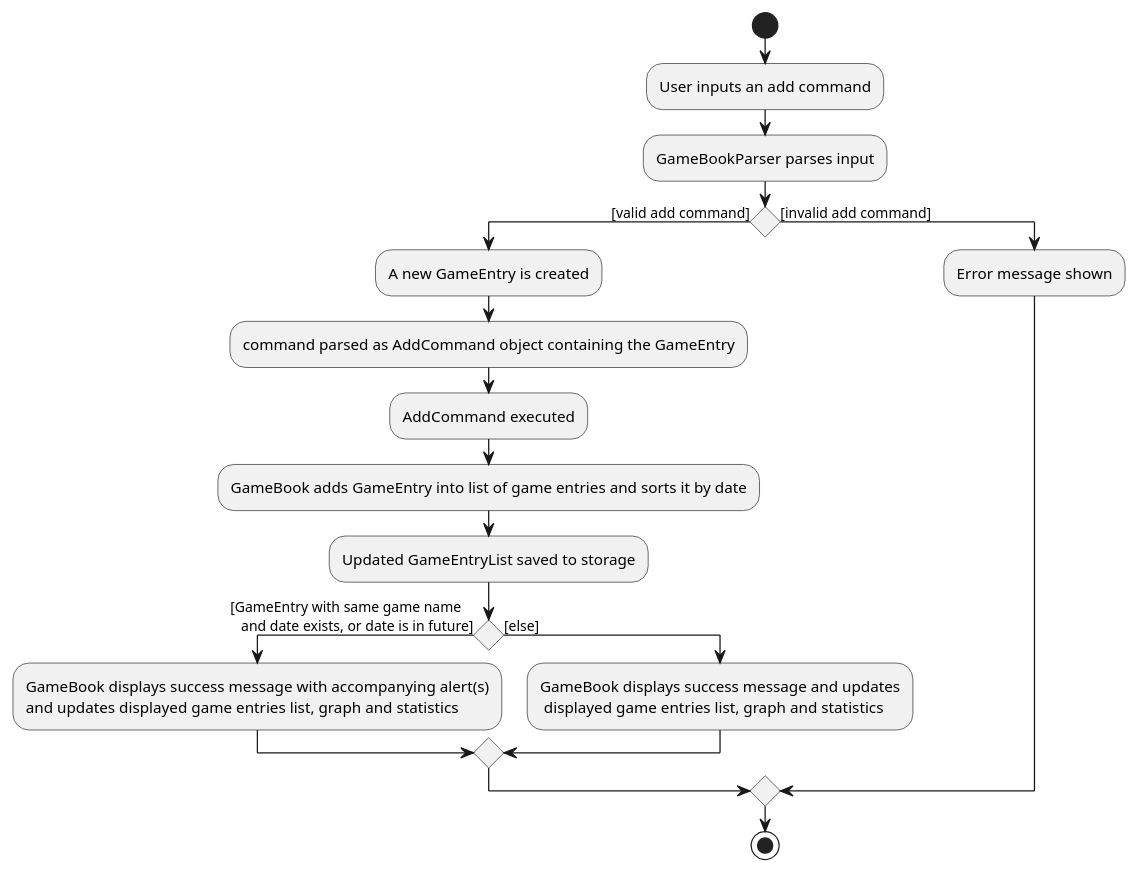
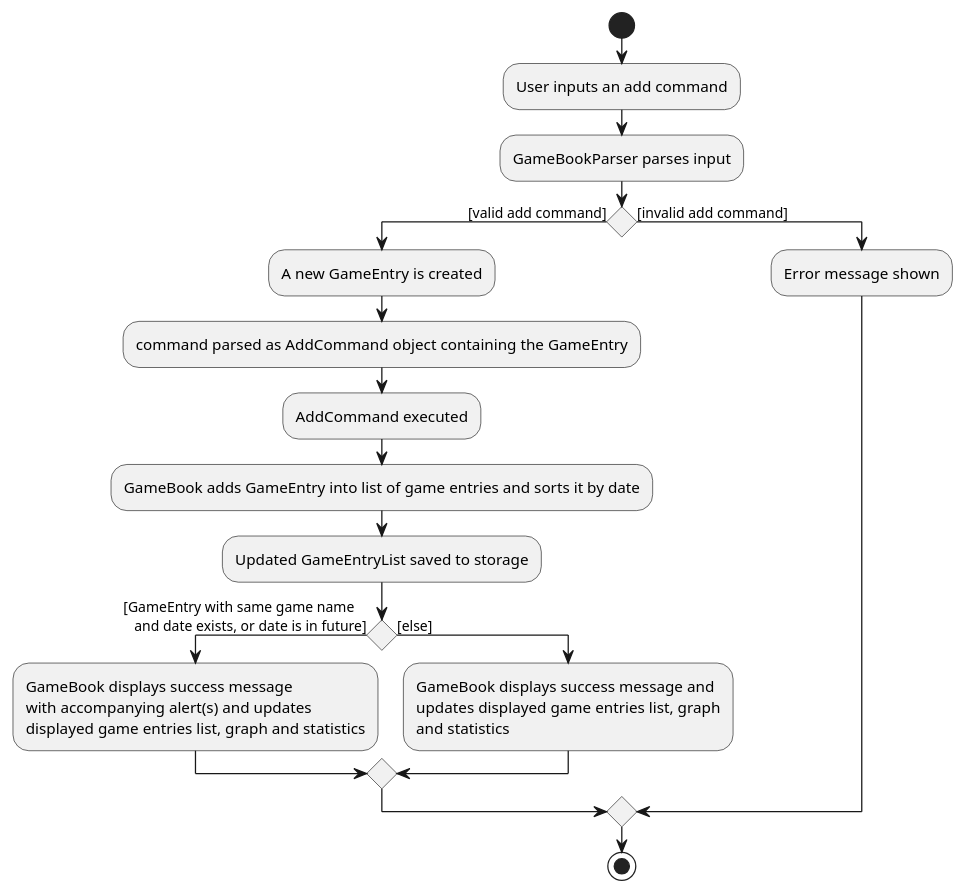
Before and after one commit to yzhilong/tp: the diagram in docs/diagrams/tracing/AddActivityDiagram.puml, drawn with PlantUML. The commit also changed 5 other files, not shown here.

Commit message:
Update diagrams

```diff
--- a/docs/diagrams/tracing/AddActivityDiagram.puml
+++ b/docs/diagrams/tracing/AddActivityDiagram.puml
@@ -1,27 +1,29 @@
 @startuml
 
 start
 :User inputs an add command;
 :GameBookParser parses input;
 
 if () then ([valid add command])
   :A new GameEntry is created;
   :command parsed as AddCommand object containing the GameEntry;
   :AddCommand executed;
   :GameBook adds GameEntry into list of game entries and sorts it by date;
   :Updated GameEntryList saved to storage;
   if() then([GameEntry with same game name
    and date exists, or date is in future])
-    :GameBook displays success message with accompanying alert(s)
-    and updates displayed game entries list, graph and statistics;
+    :GameBook displays success message
+    with accompanying alert(s) and updates
+    displayed game entries list, graph and statistics;
   else ([else])
-    :GameBook displays success message and updates
-     displayed game entries list, graph and statistics;
+    :GameBook displays success message and
+    updates displayed game entries list, graph
+    and statistics;
   endif
 
 else ([invalid add command])
   :Error message shown;
 
 endif
 stop
 @enduml
```
